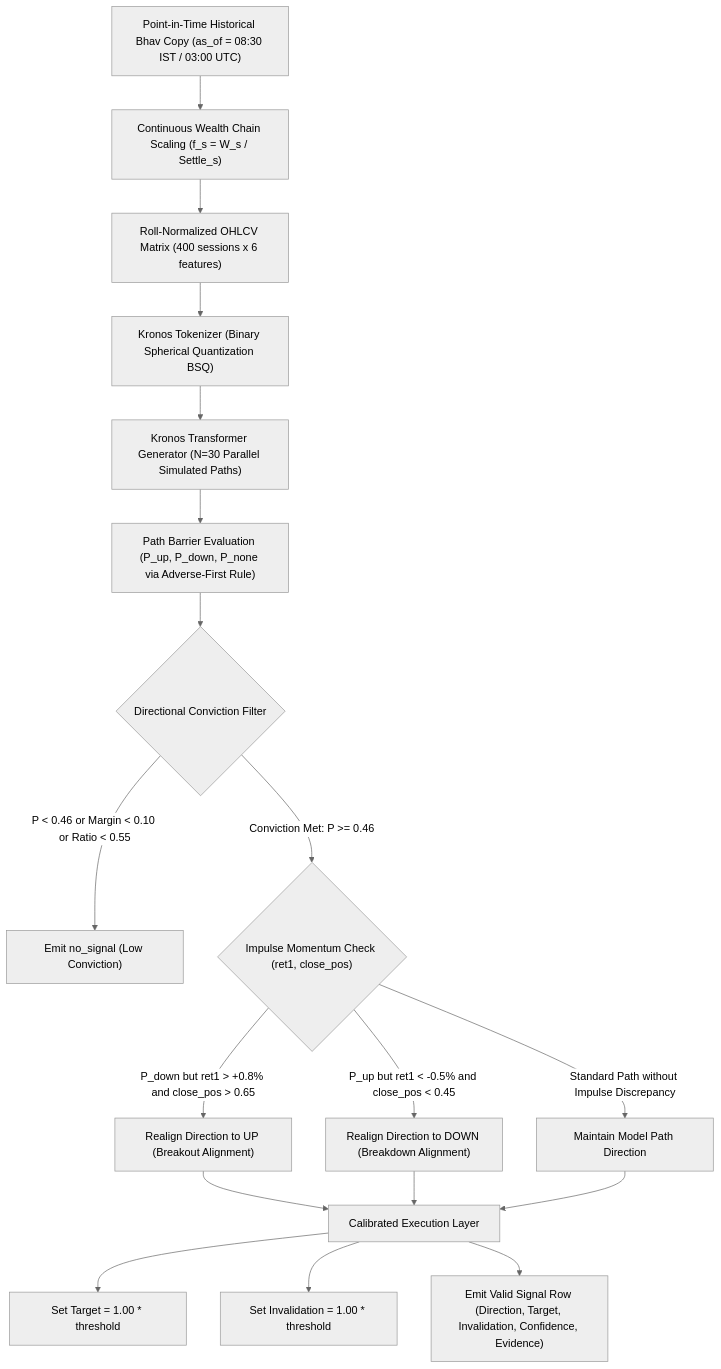
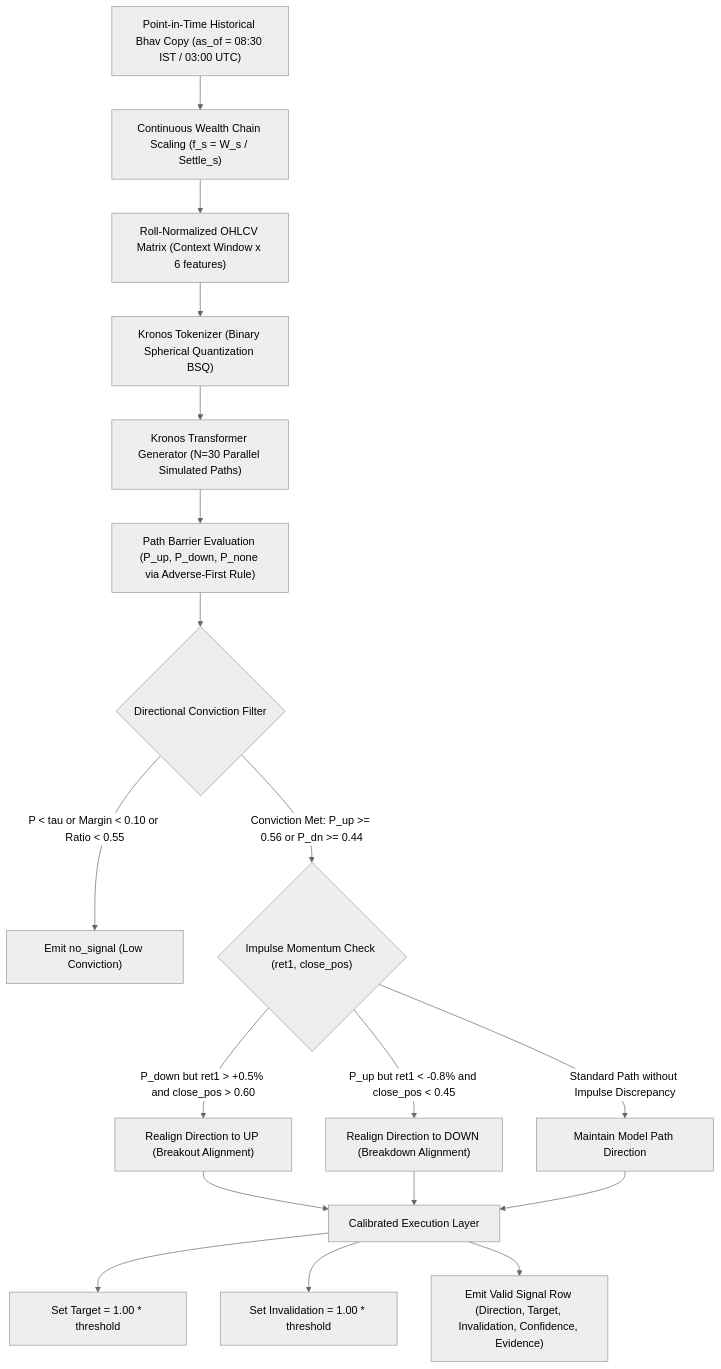
Before and after one commit to 9553943884pavan-alt/Rinnegan_Forecasts: the diagram in Commodity_2026/kronos_task1/memo.md, drawn with Mermaid (neutral theme). The commit also changed other lines of this file and 10 other files, not shown here.

````diff
--- a/Commodity_2026/kronos_task1/memo.md
+++ b/Commodity_2026/kronos_task1/memo.md
@@ -94,24 +96,24 @@
 ```mermaid
 flowchart TD
     A["Point-in-Time Historical Bhav Copy (as_of = 08:30 IST / 03:00 UTC)"] --> B["Continuous Wealth Chain Scaling (f_s = W_s / Settle_s)"]
-    B --> C["Roll-Normalized OHLCV Matrix (400 sessions x 6 features)"]
+    B --> C["Roll-Normalized OHLCV Matrix (Context Window x 6 features)"]
     C --> D["Kronos Tokenizer (Binary Spherical Quantization BSQ)"]
     D --> E["Kronos Transformer Generator (N=30 Parallel Simulated Paths)"]
     E --> F["Path Barrier Evaluation (P_up, P_down, P_none via Adverse-First Rule)"]
     
     F --> G{"Directional Conviction Filter"}
-    G -->|"P < 0.46 or Margin < 0.10 or Ratio < 0.55"| H["Emit no_signal (Low Conviction)"]
-    G -->|"Conviction Met: P >= 0.46"| I{"Impulse Momentum Check (ret1, close_pos)"}
+    G -->|"P < tau or Margin < 0.10 or Ratio < 0.55"| H["Emit no_signal (Low Conviction)"]
+    G -->|"Conviction Met: P_up >= 0.56 or P_dn >= 0.44"| I{"Impulse Momentum Check (ret1, close_pos)"}
     
-    I -->|"P_down but ret1 > +0.8% and close_pos > 0.65"| J["Realign Direction to UP (Breakout Alignment)"]
-    I -->|"P_up but ret1 < -0.5% and close_pos < 0.45"| K["Realign Direction to DOWN (Breakdown Alignment)"]
+    I -->|"P_down but ret1 > +0.5% and close_pos > 0.60"| J["Realign Direction to UP (Breakout Alignment)"]
+    I -->|"P_up but ret1 < -0.8% and close_pos < 0.45"| K["Realign Direction to DOWN (Breakdown Alignment)"]
     I -->|"Standard Path without Impulse Discrepancy"| L["Maintain Model Path Direction"]
     
     J --> M["Calibrated Execution Layer"]
     K --> M
     L --> M
     
     M --> N["Set Target = 1.00 * threshold"]
     M --> O["Set Invalidation = 1.00 * threshold"]
     M --> P["Emit Valid Signal Row (Direction, Target, Invalidation, Confidence, Evidence)"]
 ```
````
